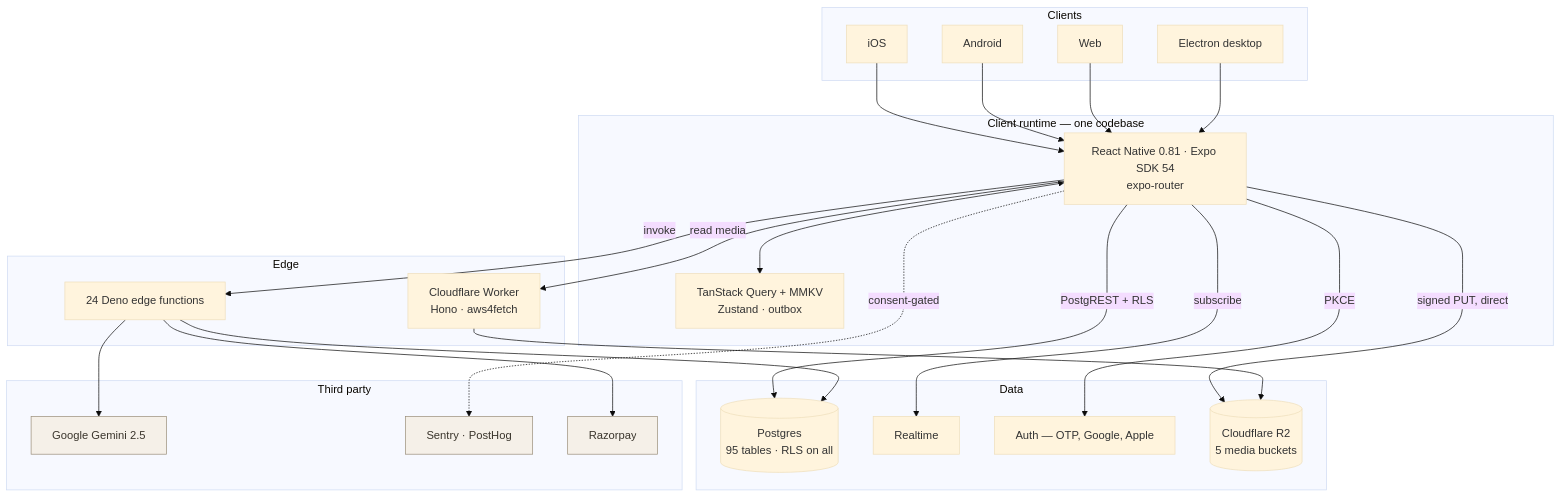
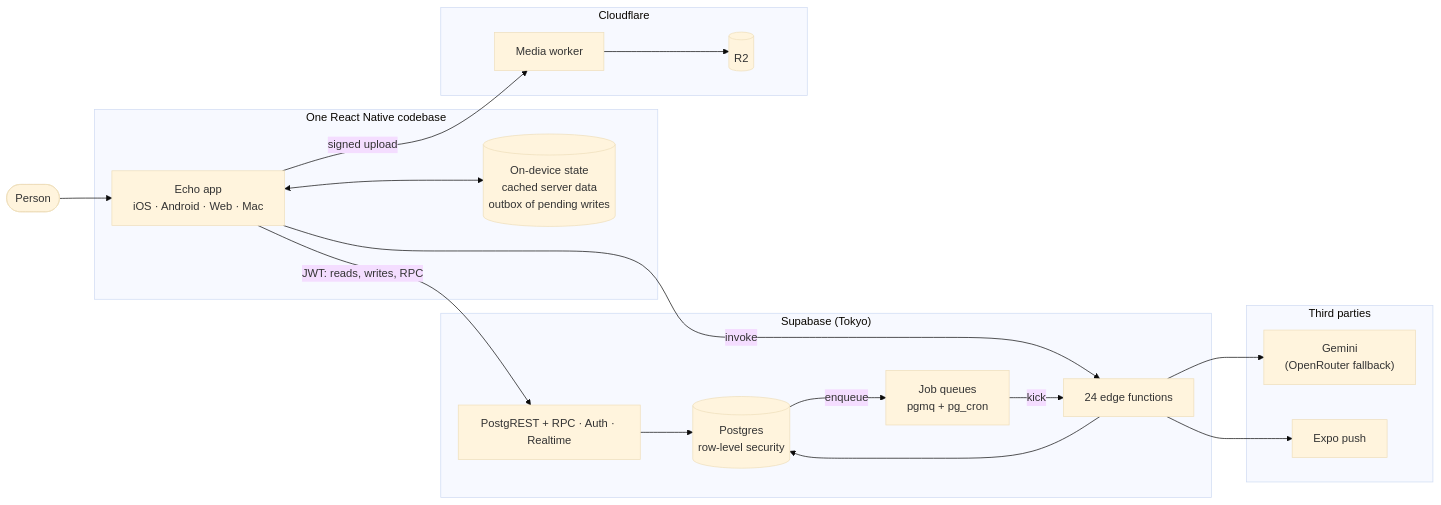
Before and after one commit to Ak2556/echo-mobile: the diagram in README.md, drawn with Mermaid (base theme). The commit also changed other lines of this file and 5 other files, not shown here.

````diff
--- a/README.md
+++ b/README.md
@@ -160,49 +107,35 @@
 ```mermaid
-flowchart TB
-    subgraph Clients
-        IOS["iOS"]
-        AND["Android"]
-        WEB["Web"]
-        MAC["Electron desktop"]
+flowchart LR
+    U(["Person"]) --> APP
+
+    subgraph Device["One React Native codebase"]
+        APP["Echo app<br/>iOS · Android · Web · Mac"]
+        LOCAL[("On-device state<br/>cached server data<br/>outbox of pending writes")]
     end
 
-    subgraph Client_Runtime["Client runtime — one codebase"]
-        RN["React Native 0.81 · Expo SDK 54<br/>expo-router"]
-        STATE["TanStack Query + MMKV<br/>Zustand · outbox"]
+    subgraph SB["Supabase (Tokyo)"]
+        API["PostgREST + RPC · Auth · Realtime"]
+        PG[("Postgres<br/>row-level security")]
+        JOBS["Job queues<br/>pgmq + pg_cron"]
+        FN["24 edge functions"]
     end
 
-    subgraph Edge["Edge"]
-        WORKER["Cloudflare Worker<br/>Hono · aws4fetch"]
-        FUNCS["24 Deno edge functions"]
+    subgraph CF["Cloudflare"]
+        W["Media worker"]
+        R2[("R2")]
     end
 
-    subgraph Data["Data"]
-        PG[("Postgres<br/>95 tables · RLS on all")]
-        RT["Realtime"]
-        AUTH["Auth — OTP, Google, Apple"]
-        R2[("Cloudflare R2<br/>5 media buckets")]
+    subgraph EXT["Third parties"]
+        AI["Gemini<br/>(OpenRouter fallback)"]
+        PUSH["Expo push"]
     end
 
-    subgraph External["Third party"]
-        GEM["Google Gemini 2.5"]
-        SENTRY["Sentry · PostHog"]
-        PAY["Razorpay"]
-    end
-
-    IOS & AND & WEB & MAC --> RN
-    RN <--> STATE
-    RN -->|"PostgREST + RLS"| PG
-    RN -->|"subscribe"| RT
-    RN -->|"PKCE"| AUTH
-    RN -->|"signed PUT, direct"| R2
-    RN -->|"read media"| WORKER
-    RN -->|"invoke"| FUNCS
-    WORKER --> R2
-    FUNCS --> PG
-    FUNCS --> GEM
-    FUNCS --> PAY
-    RN -.->|"consent-gated"| SENTRY
-
-    classDef ext fill:#f5f0e8,stroke:#9a8f7a,color:#3a352c
-    class GEM,SENTRY,PAY ext
+    APP <--> LOCAL
+    APP -->|"JWT: reads, writes, RPC"| API --> PG
+    APP -->|"invoke"| FN
+    APP -->|"signed upload"| W --> R2
+    PG -->|"enqueue"| JOBS -->|"kick"| FN
+    FN --> PG
+    FN --> AI
+    FN --> PUSH
 ```
````
